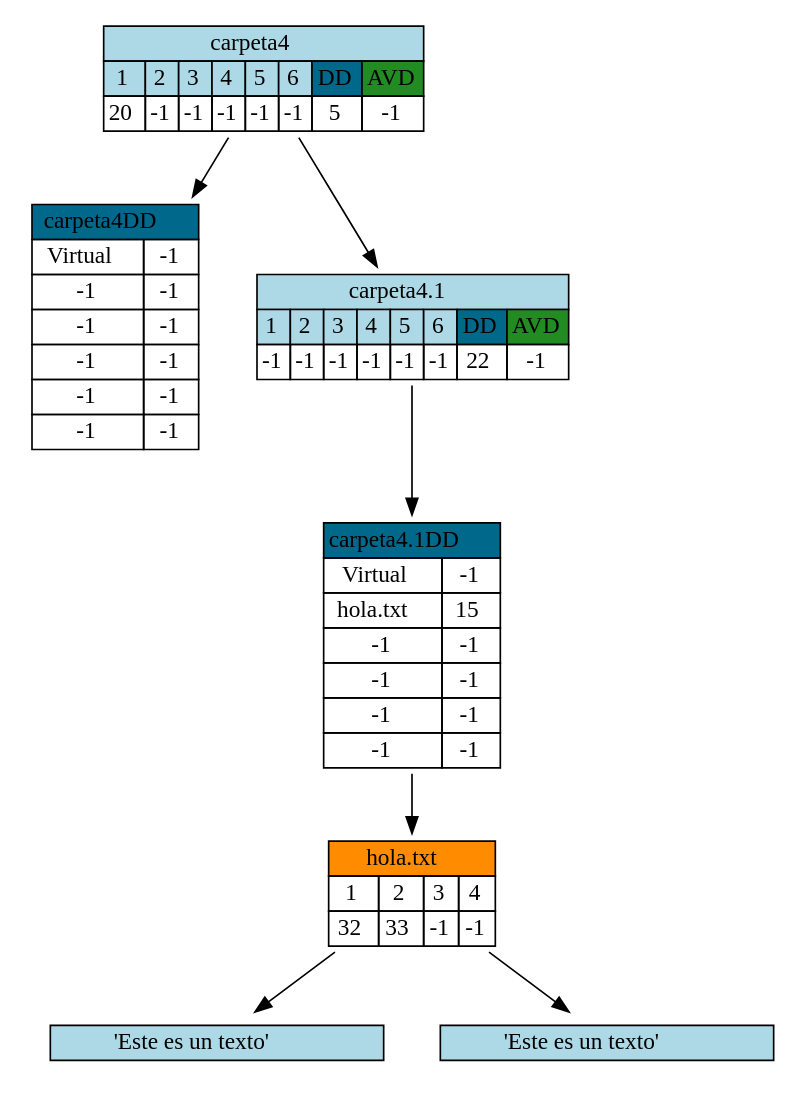
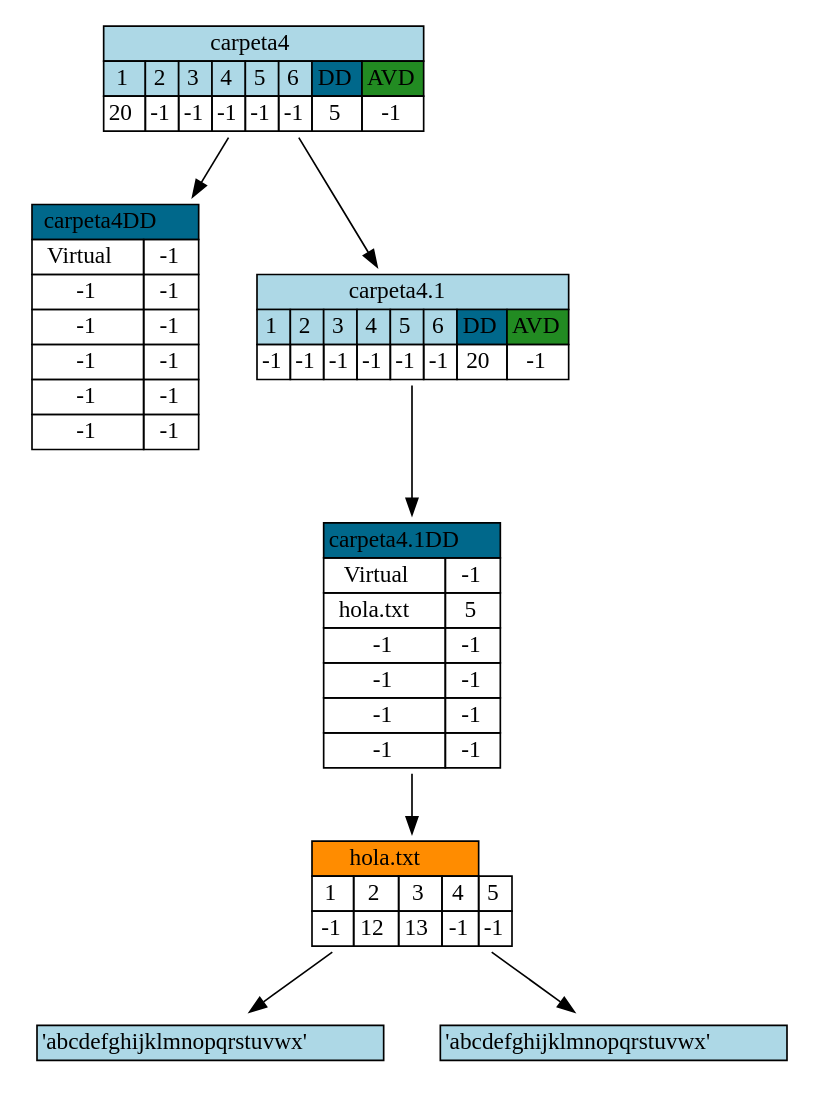
Before and after one commit to xJosee/SistemaArchivos: the diagram in Reportes/graficaTreeFile.dot, drawn with Graphviz. The commit also changed 6 other files, not shown here.

```diff
--- a/Reportes/graficaTreeFile.dot
+++ b/Reportes/graficaTreeFile.dot
@@ -1,150 +1,152 @@
 digraph G{ 
 node [shape=plaintext]
 tbl5[label=<
 <table border='0' cellborder='1' cellspacing='0'>
 <tr>
 <td colspan='8' bgcolor= 'lightblue' >carpeta4</td>
 </tr>
 <tr>
 <td bgcolor='lightblue' width='20' >1</td>
 <td bgcolor='lightblue' width='20' >2</td>
 <td bgcolor='lightblue' width='20' >3</td>
 <td bgcolor='lightblue' width='20' >4</td>
 <td bgcolor='lightblue' width='20' >5</td>
 <td bgcolor='lightblue' width='20' >6</td>
 <td bgcolor='deepskyblue4' width='30' >DD</td>
 <td bgcolor='forestgreen' width='20' >AVD</td>
 </tr>
 <tr>
 <td width='20'>20</td>
 <td width='20'>-1</td>
 <td width='20'>-1</td>
 <td width='20'>-1</td>
 <td width='20'>-1</td>
 <td width='20'>-1</td>
 <td width='20'>5</td>
 <td width='20'>-1</td>
 </tr>
 </table>
 >];
 tbl5->tbl5DD
 tbl5DD[label=<
 <table border='0' cellborder='1' cellspacing='0'>
 <tr><td bgcolor='deepskyblue4' width='100' colspan='2'>carpeta4DD</td>
 </tr>
 <tr>
 <td>Virtual</td>
 <td>-1</td>
 </tr>
 <tr>
 <td>-1</td>
 <td>-1</td>
 </tr>
 <tr>
 <td>-1</td>
 <td>-1</td>
 </tr>
 <tr>
 <td>-1</td>
 <td>-1</td>
 </tr>
 <tr>
 <td>-1</td>
 <td>-1</td>
 </tr>
 <tr>
 <td>-1</td>
 <td>-1</td>
 </tr>
 </table>
 >];
 tbl5->tbl20
 tbl20[label=<
 <table border='0' cellborder='1' cellspacing='0'>
 <tr>
 <td colspan='8' bgcolor= 'lightblue' >carpeta4.1</td>
 </tr>
 <tr>
 <td bgcolor='lightblue' width='20' >1</td>
 <td bgcolor='lightblue' width='20' >2</td>
 <td bgcolor='lightblue' width='20' >3</td>
 <td bgcolor='lightblue' width='20' >4</td>
 <td bgcolor='lightblue' width='20' >5</td>
 <td bgcolor='lightblue' width='20' >6</td>
 <td bgcolor='deepskyblue4' width='30' >DD</td>
 <td bgcolor='forestgreen' width='20' >AVD</td>
 </tr>
 <tr>
 <td width='20'>-1</td>
 <td width='20'>-1</td>
 <td width='20'>-1</td>
 <td width='20'>-1</td>
 <td width='20'>-1</td>
 <td width='20'>-1</td>
-<td width='20'>22</td>
+<td width='20'>20</td>
 <td width='20'>-1</td>
 </tr>
 </table>
 >];
 tbl20->tbl20DD
 tbl20DD[label=<
 <table border='0' cellborder='1' cellspacing='0'>
 <tr><td bgcolor='deepskyblue4' width='100' colspan='2'>carpeta4.1DD</td>
 </tr>
 <tr>
 <td>Virtual</td>
 <td>-1</td>
 </tr>
 <tr>
 <td>hola.txt</td>
-<td>15</td>
+<td>5</td>
 </tr>
 <tr>
 <td>-1</td>
 <td>-1</td>
 </tr>
 <tr>
 <td>-1</td>
 <td>-1</td>
 </tr>
 <tr>
 <td>-1</td>
 <td>-1</td>
 </tr>
 <tr>
 <td>-1</td>
 <td>-1</td>
 </tr>
 </table>
 >];
-tbl20DD->tblInodo15
-tblInodo15[label=<
+tbl20DD->tblInodo5
+tblInodo5[label=<
 <table border='0' cellborder='1' cellspacing='0'>
 <tr><td bgcolor='darkorange' width='100' colspan='4'>hola.txt</td>
 </tr>
 <tr>
 <td>1</td>
 <td>2</td>
 <td>3</td>
 <td>4</td>
+<td>5</td>
 </tr>
 <tr>
-<td>32</td><td>33</td><td>-1</td><td>-1</td></tr>
+<td>-1</td>
+<td>12</td><td>13</td><td>-1</td><td>-1</td></tr>
 </table>
->];tblInodo15->tblBloque32
-tblBloque32[label=<
+>];tblInodo5->tblBloque12
+tblBloque12[label=<
 <table border='0' cellborder='1' cellspacing='0'>
 <tr>
-<td width='200' bgcolor= 'lightblue' >'Este es un texto'</td>
+<td width='200' bgcolor= 'lightblue' >'abcdefghijklmnopqrstuvwx'</td>
 </tr>
 </table>
 >];
-tblInodo15->tblBloque33
-tblBloque33[label=<
+tblInodo5->tblBloque13
+tblBloque13[label=<
 <table border='0' cellborder='1' cellspacing='0'>
 <tr>
-<td width='200' bgcolor= 'lightblue' >'Este es un texto'</td>
+<td width='200' bgcolor= 'lightblue' >'abcdefghijklmnopqrstuvwx'</td>
 </tr>
 </table>
 >];
 }
```
